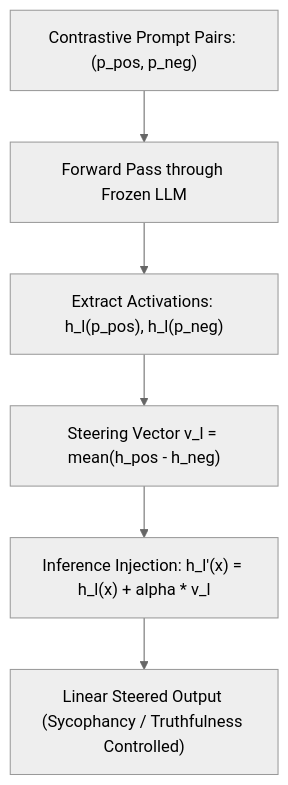
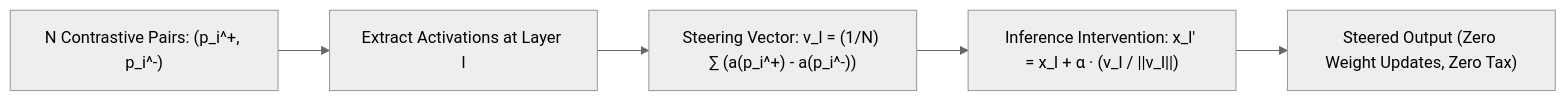
One commit to hammadshakeelai/prompt-engineering-mastery changed the diagram in obsidian_vault/raw_research/snippets/contrastive_activation_addition_caa.md. Above: the diagram before and after it, drawn with Mermaid (neutral theme). The commit also changed other lines of this file and 1 other file, not shown here.

Commit message:
feat(landmark): Section 319 Contrastive Activation Addition CAA ICML 2024 + Master Index Rebuild

````diff
--- a/obsidian_vault/raw_research/snippets/contrastive_activation_addition_caa.md
+++ b/obsidian_vault/raw_research/snippets/contrastive_activation_addition_caa.md
@@ -5,8 +6,7 @@
 ```mermaid
-flowchart TD
-    Pairs["Contrastive Prompt Pairs: (p_pos, p_neg)"] --> Forward["Forward Pass through Frozen LLM"]
-    Forward --> Extract["Extract Activations: h_l(p_pos), h_l(p_neg)"]
-    Extract --> MeanDiff["Steering Vector v_l = mean(h_pos - h_neg)"]
-    MeanDiff --> Intervene["Inference Injection: h_l'(x) = h_l(x) + alpha * v_l"]
-    Intervene --> Steered["Linear Steered Output (Sycophancy / Truthfulness Controlled)"]
+flowchart LR
+    Pairs["N Contrastive Pairs: (p_i^+, p_i^-)"] --> Extract["Extract Activations at Layer l"]
+    Extract --> MeanDiff["Steering Vector: v_l = (1/N) ∑ (a(p_i^+) - a(p_i^-))"]
+    MeanDiff --> Forward["Inference Intervention: x_l' = x_l + α · (v_l / ||v_l||)"]
+    Forward --> Steered["Steered Output (Zero Weight Updates, Zero Tax)"]
 ```
````
